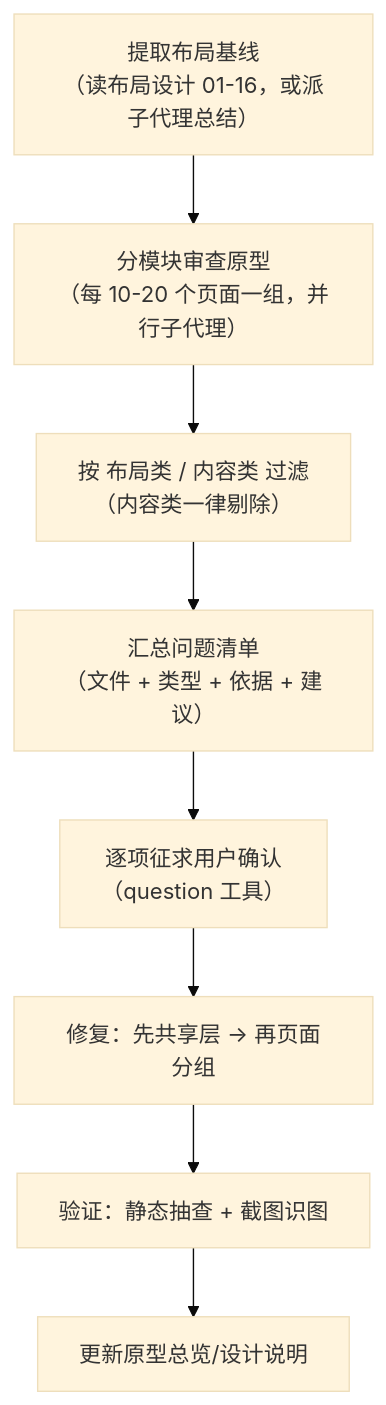
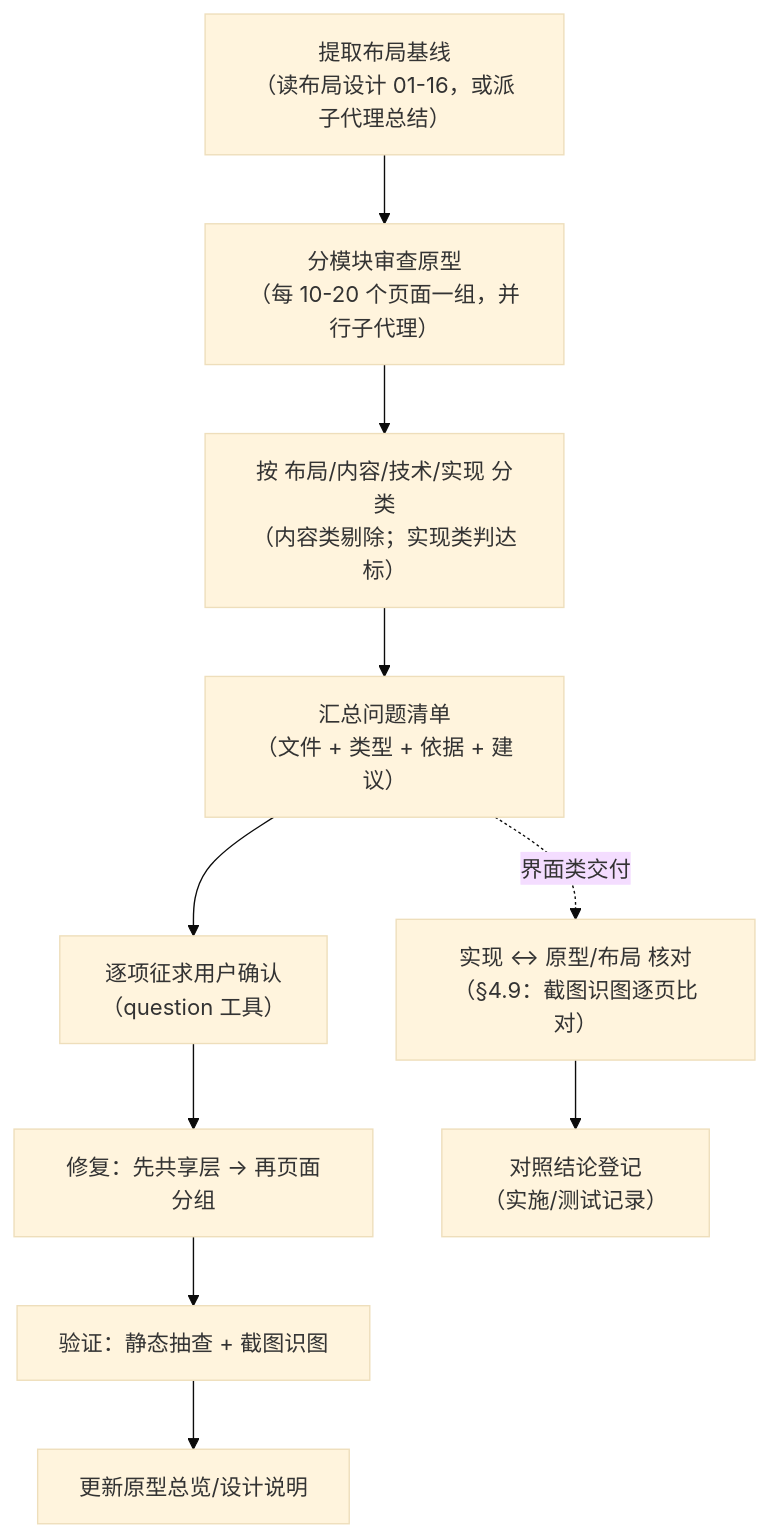
One commit to minjian123/basic-management-system changed the diagram in bms文档/规范/原型审查规范.md. Above: the diagram before and after it, drawn with Mermaid (base theme). The commit also changed other lines of this file and 3 other files, not shown here.

````diff
--- a/bms文档/规范/原型审查规范.md
+++ b/bms文档/规范/原型审查规范.md
@@ -146,10 +178,12 @@
 ```mermaid
 flowchart TD
     A["提取布局基线<br/>（读布局设计 01-16，或派子代理总结）"] --> B["分模块审查原型<br/>（每 10-20 个页面一组，并行子代理）"]
-    B --> C["按 布局类 / 内容类 过滤<br/>（内容类一律剔除）"]
+    B --> C["按 布局/内容/技术/实现 分类<br/>（内容类剔除；实现类判达标）"]
     C --> D["汇总问题清单<br/>（文件 + 类型 + 依据 + 建议）"]
     D --> E["逐项征求用户确认<br/>（question 工具）"]
     E --> F["修复：先共享层 → 再页面分组"]
     F --> G["验证：静态抽查 + 截图识图"]
     G --> H["更新原型总览/设计说明"]
+    D -.界面类交付.-> I["实现 ↔ 原型/布局 核对<br/>（§4.9：截图识图逐页比对）"]
+    I --> J["对照结论登记<br/>（实施/测试记录）"]
 ```
````
